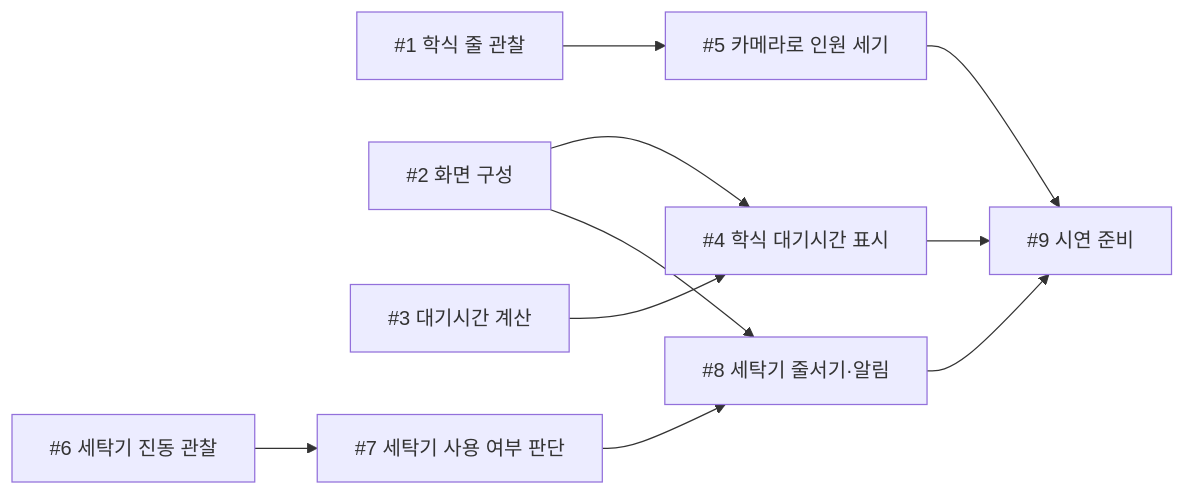
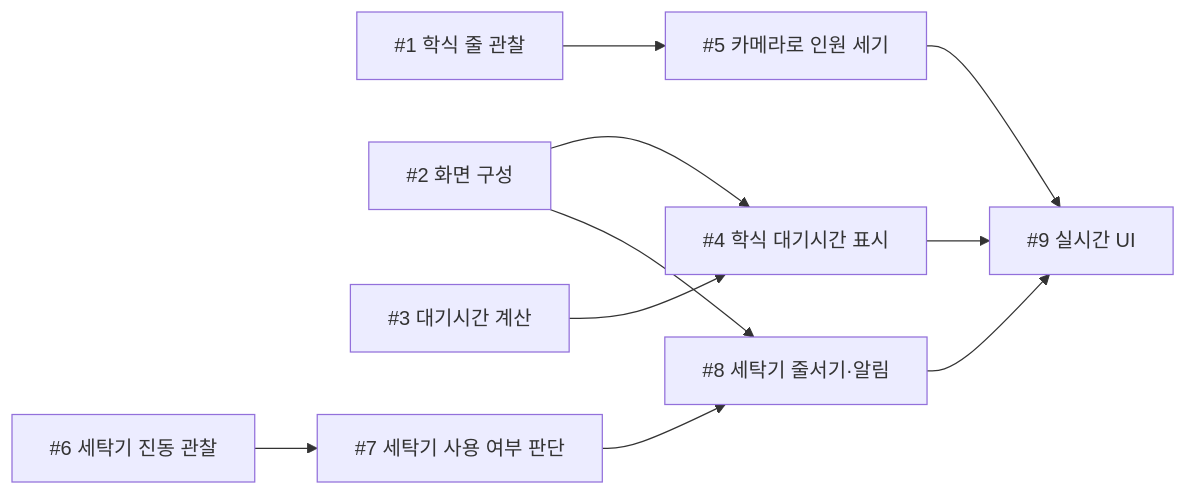
One commit to kyobak/aix-2026f-team09 changed the diagram in docs/week-05.md. Above: the diagram before and after it, drawn with Mermaid. The commit also changed other lines of this file, not shown here.

````diff
--- a/docs/week-05.md
+++ b/docs/week-05.md
@@ -44,12 +44,12 @@
 ```mermaid
 graph LR
   T1["#1 학식 줄 관찰"] --> T5["#5 카메라로 인원 세기"]
   T2["#2 화면 구성"] --> T4["#4 학식 대기시간 표시"]
   T3["#3 대기시간 계산"] --> T4
   T6["#6 세탁기 진동 관찰"] --> T7["#7 세탁기 사용 여부 판단"]
   T2 --> T8["#8 세탁기 줄서기·알림"]
   T7 --> T8
-  T4 --> T9["#9 시연 준비"]
+  T4 --> T9["#9 실시간 UI"]
   T5 --> T9
   T8 --> T9
 ```
````
